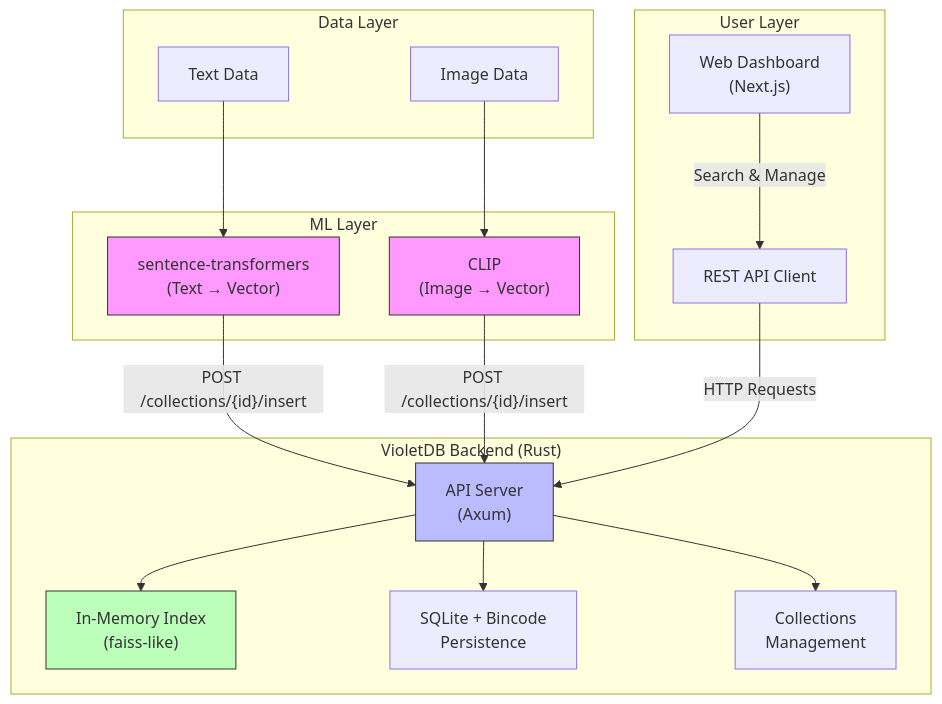
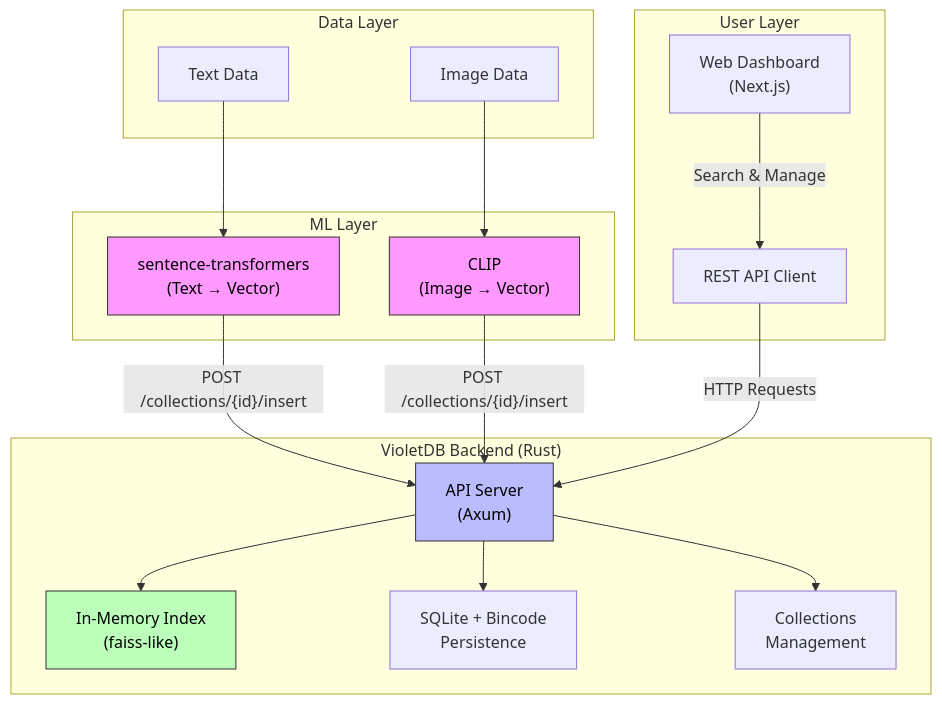
One commit to ajybr/violet changed the diagram in README.md. Above: the diagram before and after it, drawn with Mermaid.

Commit message:
update README- fix mermaid diagram

````diff
--- a/README.md
+++ b/README.md
@@ -56,39 +56,39 @@
 ```mermaid
 flowchart TB
     subgraph User["User Layer"]
         UI["Web Dashboard\n(Next.js)"]
         API["REST API Client"]
     end
 
     subgraph ML["ML Layer"]
         ST["sentence-transformers\n(Text → Vector)"]
         CLIP["CLIP\n(Image → Vector)"]
     end
 
     subgraph Data["Data Layer"]
         TextData["Text Data"]
         Images["Image Data"]
     end
 
     subgraph Backend["VioletDB Backend (Rust)"]
         API_Server["API Server\n(Axum)"]
         InMemoryIndex["In-Memory Index\n(faiss-like)"]
         Persistence["SQLite + Bincode\nPersistence"]
         Collections["Collections\nManagement"]
     end
 
     TextData --> ST
     Images --> CLIP
     ST -->|"POST /collections/{id}/insert"| API_Server
     CLIP -->|"POST /collections/{id}/insert"| API_Server
     API_Server --> InMemoryIndex
     API_Server --> Persistence
     API_Server --> Collections
     UI -->|"Search & Manage"| API
     API -->|"HTTP Requests"| API_Server
 
-    style ST fill:#f9f,stroke:#333
-    style CLIP fill:#f9f,stroke:#333
-    style API_Server fill:#bbf,stroke:#333
-    style InMemoryIndex fill:#bfb,stroke:#333
+    style ST fill:#f9f,stroke:#333,color:#000
+    style CLIP fill:#f9f,stroke:#333,color:#000
+    style API_Server fill:#bbf,stroke:#333,color:#000
+    style InMemoryIndex fill:#bfb,stroke:#333,color:#000
 ```
````
